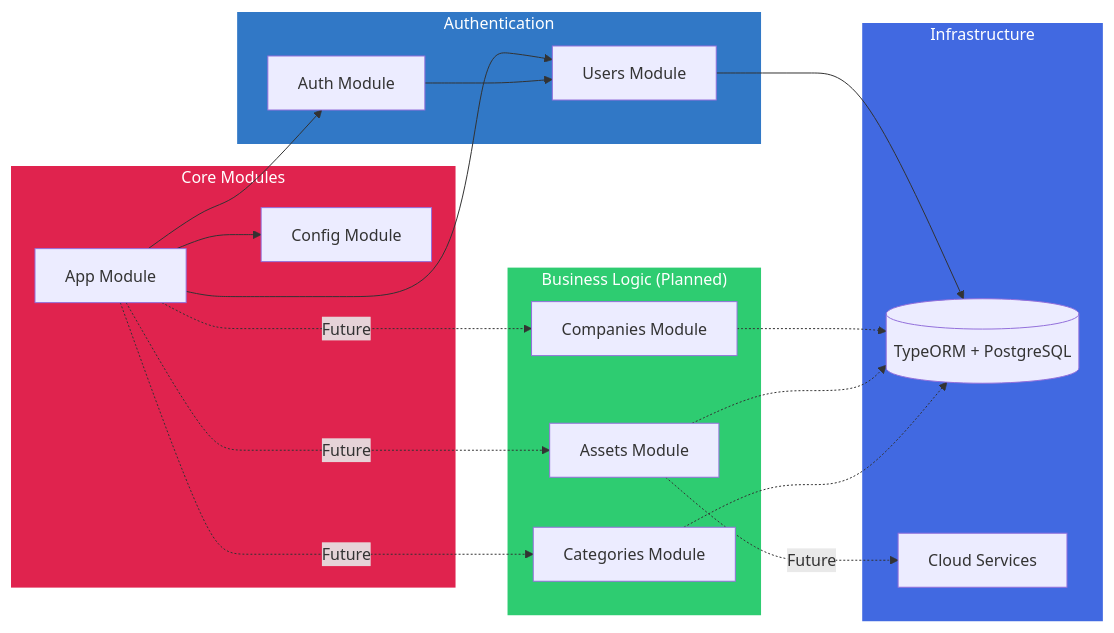
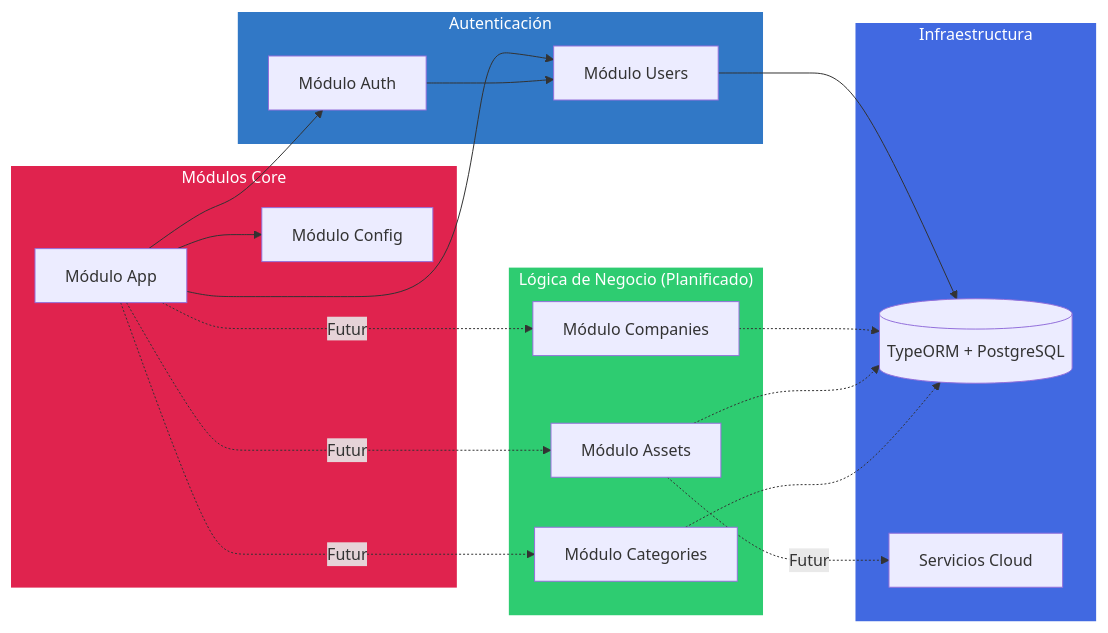
The third of 4 diagrams in README.md (marceloemmott-dev/emmott-asset-platform-backend), drawn with Mermaid before and after one commit. The commit also changed other lines of this file and 1 other file, not shown here.

````diff
--- a/README.md
+++ b/README.md
@@ -193,43 +187,43 @@
 ```mermaid
 graph LR
-    subgraph Core["Core Modules"]
-        App[App Module]
-        Config[Config Module]
+    subgraph Core["Módulos Core"]
+        App[Módulo App]
+        Config[Módulo Config]
     end
     
-    subgraph Auth["Authentication"]
-        AuthM[Auth Module]
-        Users[Users Module]
+    subgraph Auth["Autenticación"]
+        AuthM[Módulo Auth]
+        Users[Módulo Users]
     end
     
-    subgraph Business["Business Logic (Planned)"]
-        Companies[Companies Module]
-        Assets[Assets Module]
-        Categories[Categories Module]
+    subgraph Business["Lógica de Negocio (Planificado)"]
+        Companies[Módulo Companies]
+        Assets[Módulo Assets]
+        Categories[Módulo Categories]
     end
     
-    subgraph Infrastructure["Infrastructure"]
+    subgraph Infrastructure["Infraestructura"]
         DB[(TypeORM + PostgreSQL)]
-        Cloud[Cloud Services]
+        Cloud[Servicios Cloud]
     end
     
     App --> Config
     App --> AuthM
     App --> Users
     AuthM --> Users
-    App -.Future.-> Companies
-    App -.Future.-> Assets
-    App -.Future.-> Categories
+    App -.Futuro.-> Companies
+    App -.Futuro.-> Assets
+    App -.Futuro.-> Categories
     
     Users --> DB
     Companies -.-> DB
     Assets -.-> DB
     Categories -.-> DB
     
-    Assets -.Future.-> Cloud
+    Assets -.Futuro.-> Cloud
     
     style Core fill:#E0234E,stroke:#fff,stroke-width:2px,color:#fff
     style Auth fill:#3178C6,stroke:#fff,stroke-width:2px,color:#fff
     style Business fill:#2ecc71,stroke:#fff,stroke-width:2px,color:#fff
     style Infrastructure fill:#4169E1,stroke:#fff,stroke-width:2px,color:#fff
 ```
````
